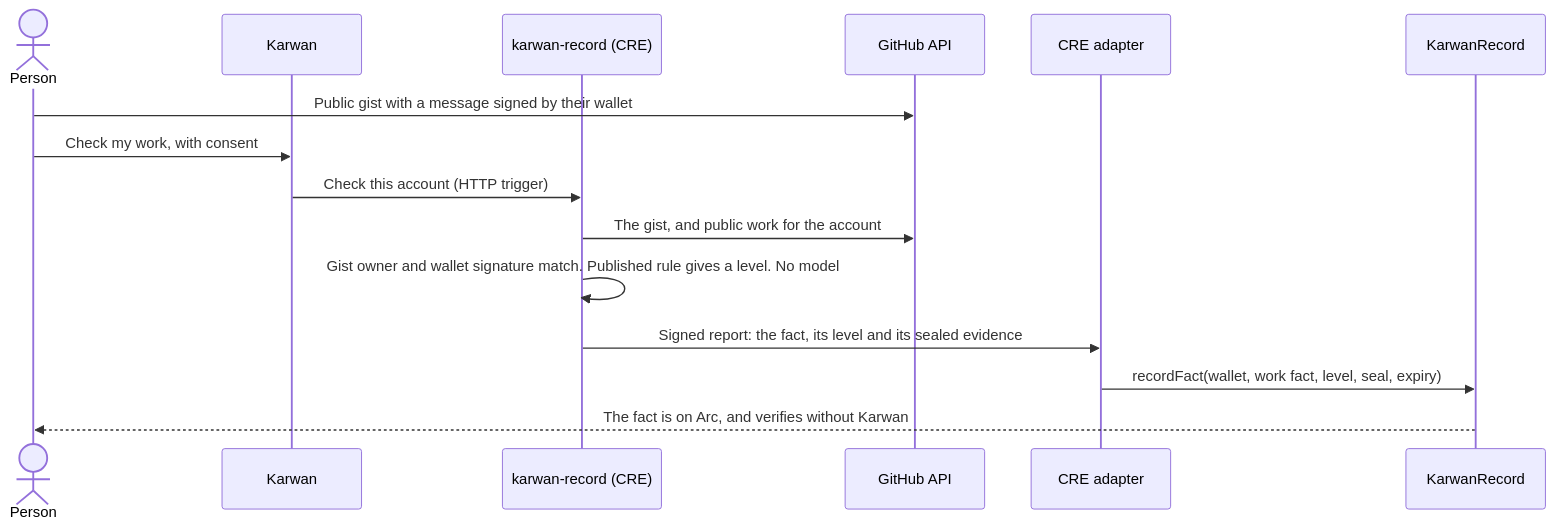
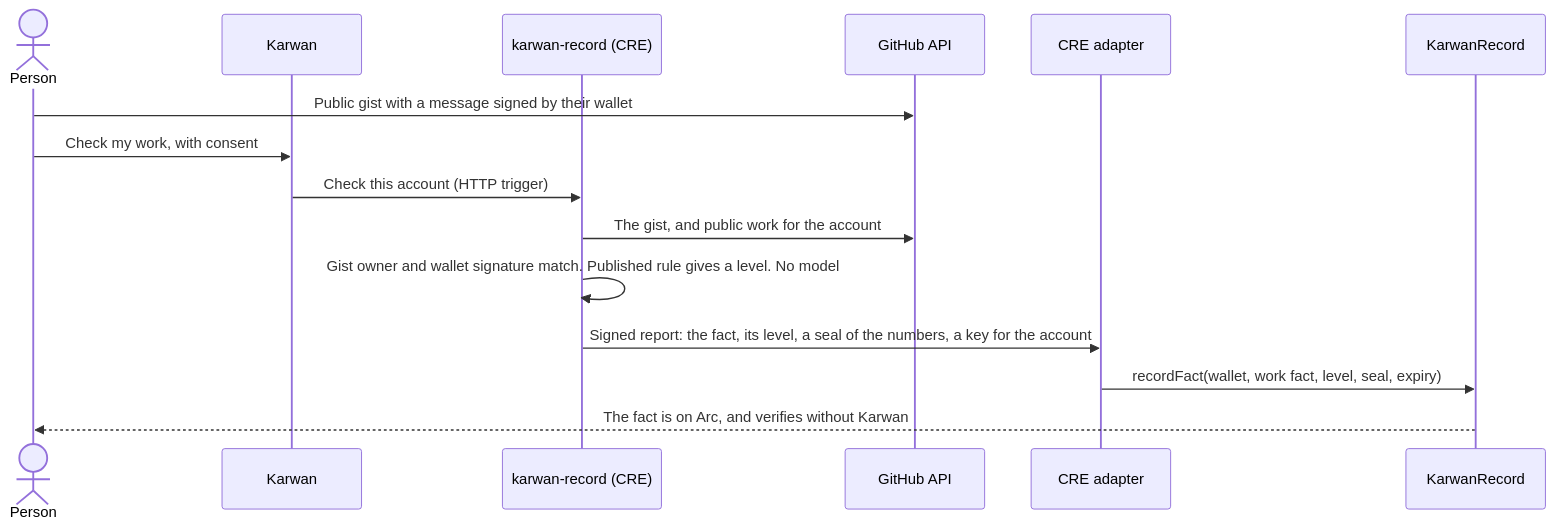
Before and after one commit to Iziedking/Karwan: the fourth of 4 diagrams in docs/architecture/12-cre.md, drawn with Mermaid. The commit also changed other lines of this file and 1 other file, not shown here.

Commit message:
docs(cre): view 12 says what the code enforces, including held dry-run fees and the account hold; ops scripts for the Arc fork, CRE CLI and isolated backend gates

````diff
--- a/docs/architecture/12-cre.md
+++ b/docs/architecture/12-cre.md
@@ -164,18 +171,18 @@
 ```mermaid
 sequenceDiagram
   actor P as Person
   participant K as Karwan
   participant C as karwan-record (CRE)
   participant G as GitHub API
   participant A as CRE adapter
   participant R as KarwanRecord
 
   P->>G: Public gist with a message signed by their wallet
   P->>K: Check my work, with consent
   K->>C: Check this account (HTTP trigger)
   C->>G: The gist, and public work for the account
   C->>C: Gist owner and wallet signature match. Published rule gives a level. No model
-  C->>A: Signed report: the fact, its level and its sealed evidence
+  C->>A: Signed report: the fact, its level, a seal of the numbers, a key for the account
   A->>R: recordFact(wallet, work fact, level, seal, expiry)
   R-->>P: The fact is on Arc, and verifies without Karwan
 ```
````
